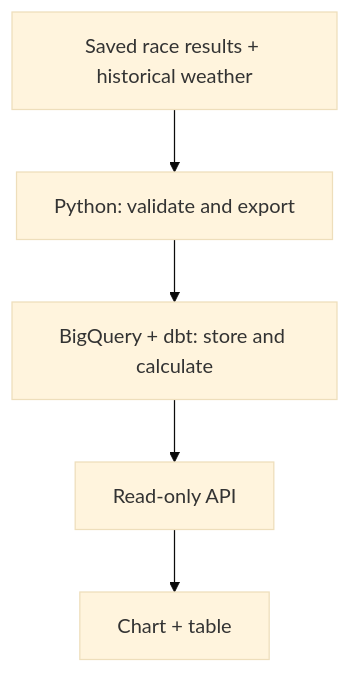
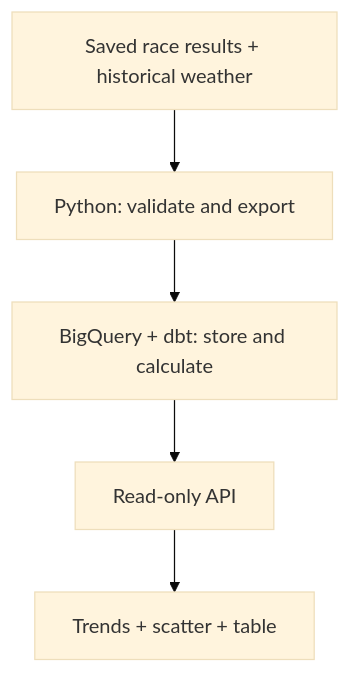
The diagram in docs/walkthrough.md (mifuha/runwx), drawn with Mermaid (base theme) before and after one commit. The commit also changed other lines of this file and 7 other files, not shown here.

````diff
--- a/docs/walkthrough.md
+++ b/docs/walkthrough.md
@@ -18,7 +20,7 @@
 ```mermaid
 flowchart TD
     inputs["Saved race results + historical weather"] --> python["Python: validate and export"]
     python --> warehouse["BigQuery + dbt: store and calculate"]
     warehouse --> api["Read-only API"]
-    api --> chart["Chart + table"]
+    api --> chart["Trends + scatter + table"]
 ```
````
